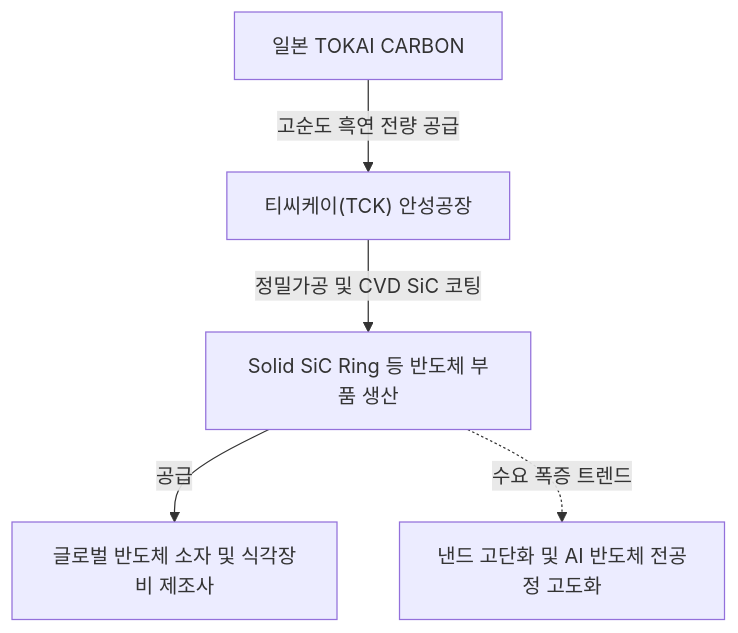
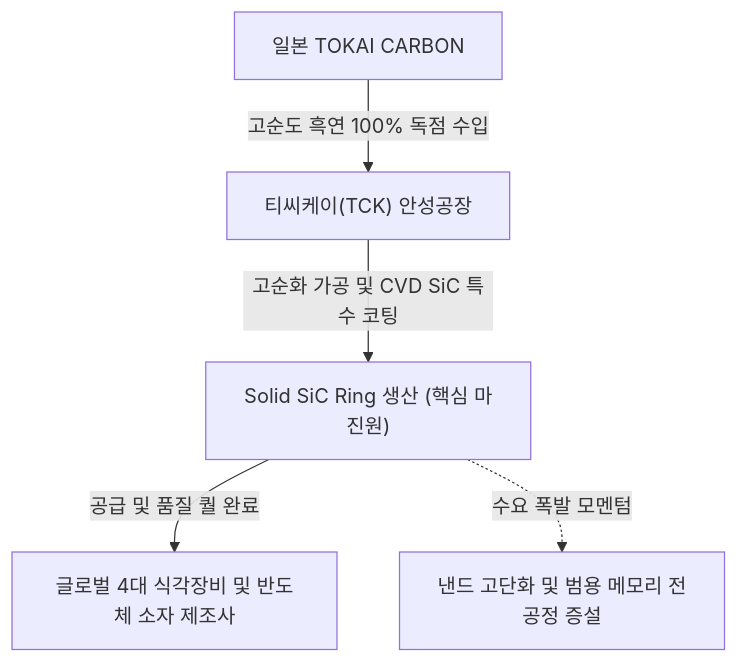
One commit to eve830521-cmd/my-skill changed the diagram in Stock_Research/티씨케이/3_Final_Reports/Phase1_Report.md. Above: the diagram before and after it, drawn with Mermaid. The commit also changed other lines of this file and 120 other files, not shown here.

Commit message:
feat: Update Korean Stock Analyzer skill, stock research reports, and timelines

````diff
--- a/Stock_Research/티씨케이/3_Final_Reports/Phase1_Report.md
+++ b/Stock_Research/티씨케이/3_Final_Reports/Phase1_Report.md
@@ -6,7 +9,7 @@
 ```mermaid
 graph TD
-    A["일본 TOKAI CARBON"] -->|"고순도 흑연 전량 공급"| B["티씨케이(TCK) 안성공장"]
-    B -->|"정밀가공 및 CVD SiC 코팅"| C["Solid SiC Ring 등 반도체 부품 생산"]
-    C -->|"공급"| D["글로벌 반도체 소자 및 식각장비 제조사"]
-    C -. "수요 폭증 트렌드" .-> E["낸드 고단화 및 AI 반도체 전공정 고도화"]
+    A["일본 TOKAI CARBON"] -->|"고순도 흑연 100% 독점 수입"| B["티씨케이(TCK) 안성공장"]
+    B -->|"고순화 가공 및 CVD SiC 특수 코팅"| C["Solid SiC Ring 생산 (핵심 마진원)"]
+    C -->|"공급 및 품질 퀄 완료"| D["글로벌 4대 식각장비 및 반도체 소자 제조사"]
+    C -. "수요 폭발 모멘텀" .-> E["낸드 고단화 및 범용 메모리 전공정 증설"]
 ```
````
